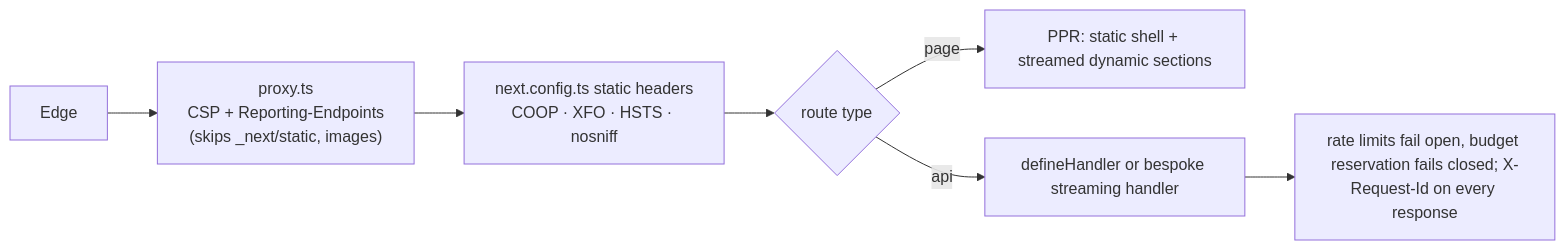
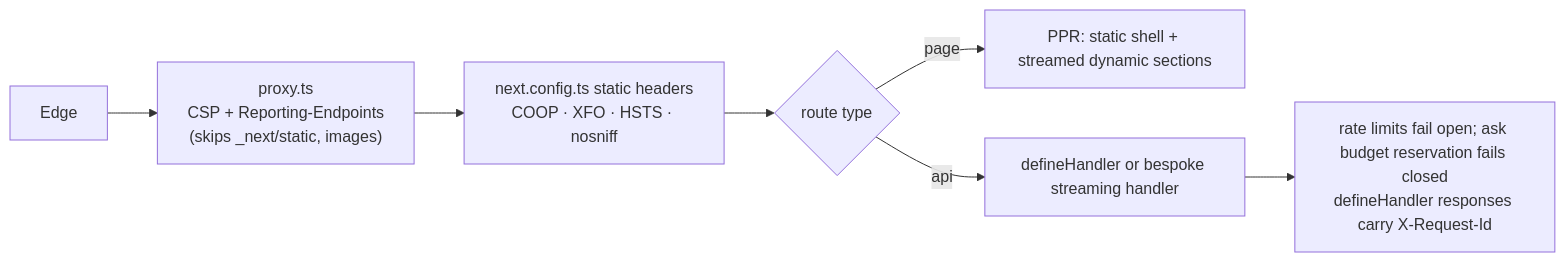
The sixth of 6 diagrams in docs/03-rendering-and-data-flow.md (erikunha/portfolio), drawn with Mermaid before and after one commit. The commit also changed other lines of this file and 30 other files, not shown here.

First line of the commit message:
docs(terminal-redesign): sync docs and diagrams with the redesign; review only on request (#291)

````diff
--- a/docs/03-rendering-and-data-flow.md
+++ b/docs/03-rendering-and-data-flow.md
@@ -181,9 +191,9 @@
 ```mermaid
 flowchart LR
     e["Edge"] --> p["proxy.ts<br/>CSP + Reporting-Endpoints<br/>(skips _next/static, images)"]
     p --> n["next.config.ts static headers<br/>COOP · XFO · HSTS · nosniff"]
     n --> route{route type}
     route -->|page| ppr["PPR: static shell + streamed dynamic sections"]
     route -->|api| handler["defineHandler or bespoke streaming handler"]
-    handler --> failopen["rate limits fail open, budget reservation fails closed; X-Request-Id on every response"]
+    handler --> failopen["rate limits fail open; ask budget reservation fails closed<br/>defineHandler responses carry X-Request-Id"]
 ```
````
